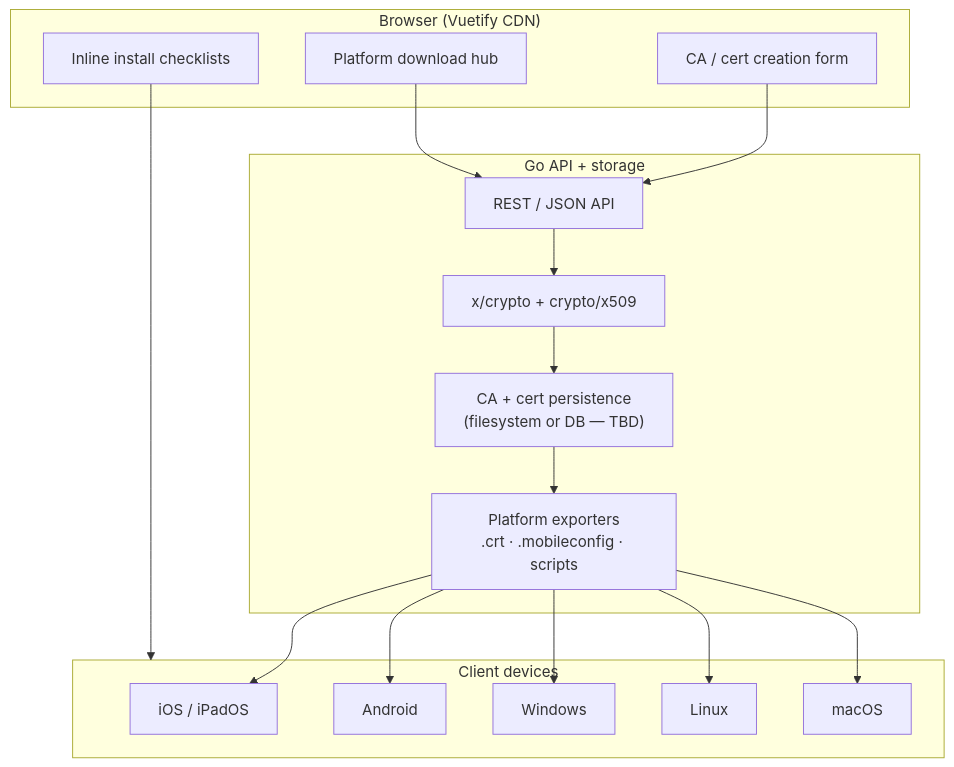
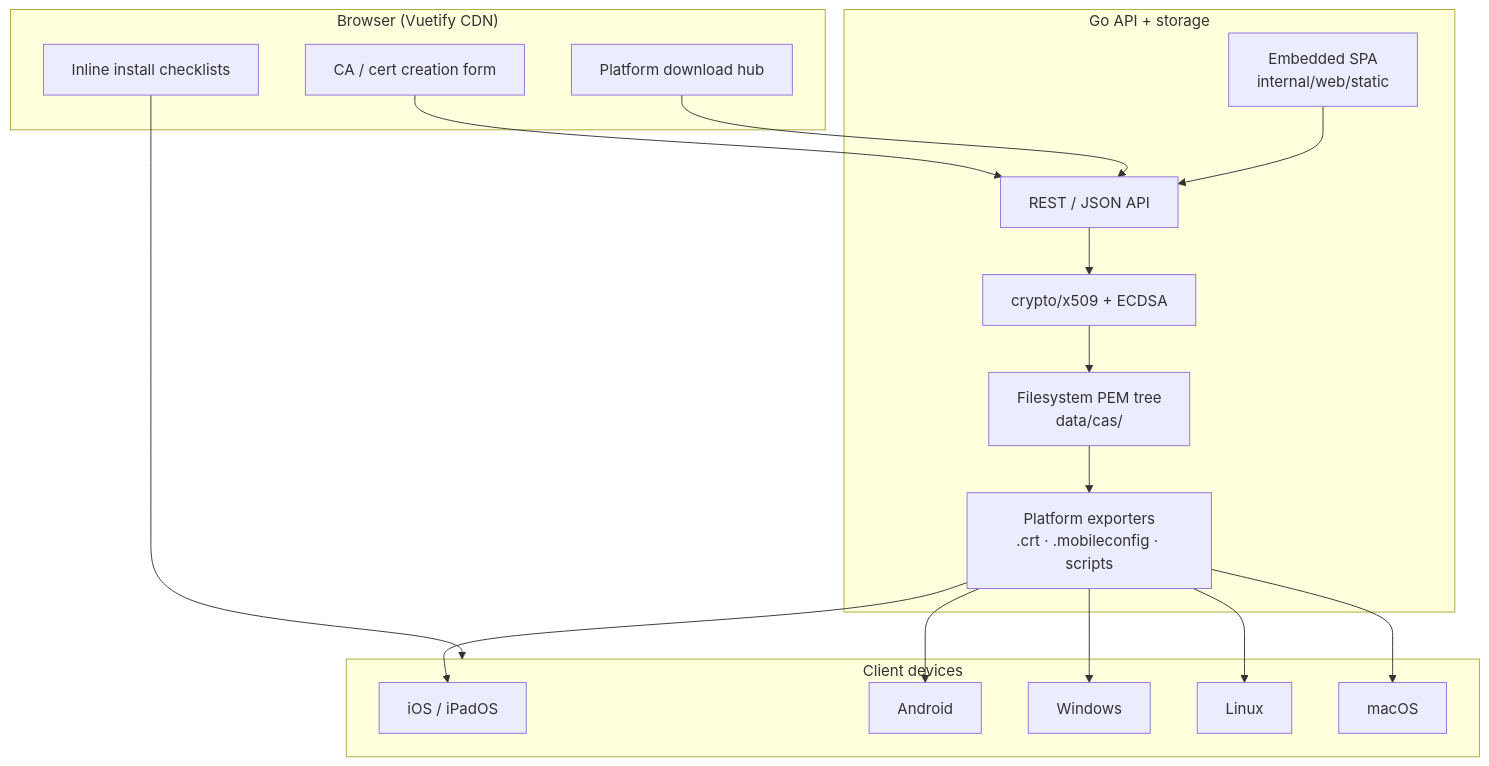
The diagram in README.md (eSlider/self-ca), drawn with Mermaid before and after one commit. The commit also changed other lines of this file and 15 other files, not shown here.

````diff
--- a/README.md
+++ b/README.md
@@ -43,35 +45,37 @@
 ```mermaid
 graph TB
     subgraph Browser["Browser (Vuetify CDN)"]
         FORM["CA / cert creation form"]
         DL["Platform download hub"]
         GUIDE["Inline install checklists"]
     end
 
     subgraph Backend["Go API + storage"]
         API["REST / JSON API"]
-        CRYPTO["x/crypto + crypto/x509"]
-        STORE["CA + cert persistence<br/>(filesystem or DB — TBD)"]
+        CRYPTO["crypto/x509 + ECDSA"]
+        STORE["Filesystem PEM tree<br/>data/cas/"]
         EXPORT["Platform exporters<br/>.crt · .mobileconfig · scripts"]
+        WEB["Embedded SPA<br/>internal/web/static"]
     end
 
     subgraph Clients["Client devices"]
         IOS["iOS / iPadOS"]
         AND["Android"]
         WIN["Windows"]
         LIN["Linux"]
         MAC["macOS"]
     end
 
     FORM --> API
     DL --> API
+    WEB --> API
     API --> CRYPTO
     CRYPTO --> STORE
     STORE --> EXPORT
     EXPORT --> IOS
     EXPORT --> AND
     EXPORT --> WIN
     EXPORT --> LIN
     EXPORT --> MAC
     GUIDE --> Clients
 ```
````
